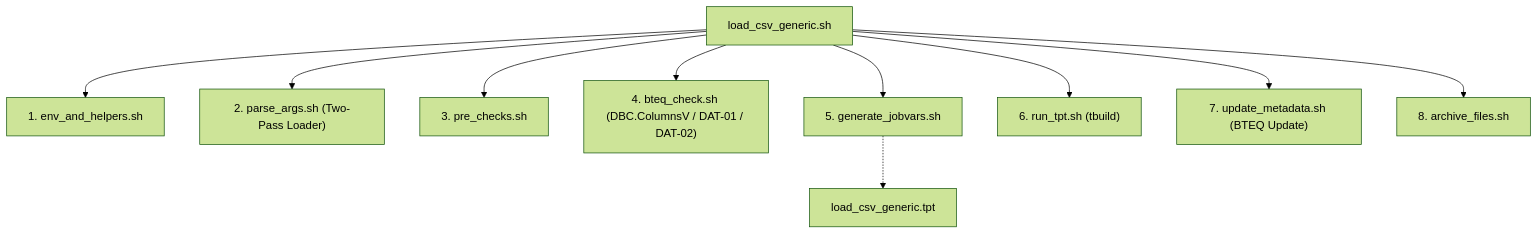
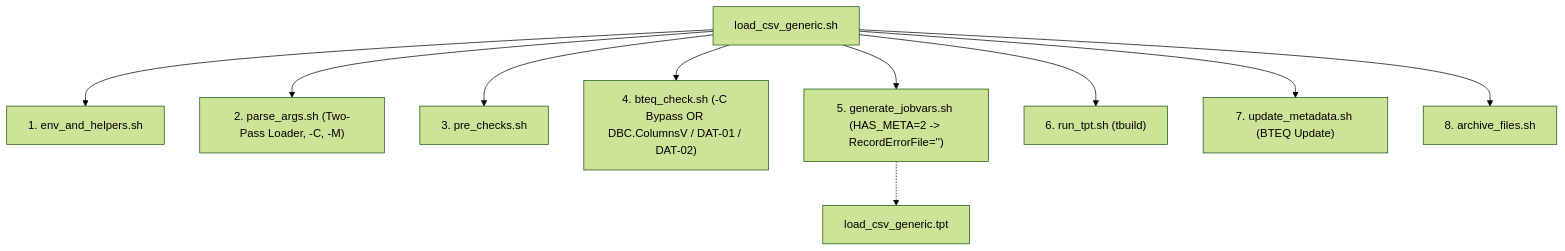
Before and after one commit to manisadegh/TPT_LOADER: the diagram in docs/03_technical_manual_and_inventory.md, drawn with Mermaid (forest theme). The commit also changed other lines of this file and 3 other files, not shown here.

Commit message:
docs(tpt): update complete documentation suite for Phase 03 (-C SKIP_BTEQ_CHECK and -M HAS_META fast-path schema bypass)

````diff
--- a/docs/03_technical_manual_and_inventory.md
+++ b/docs/03_technical_manual_and_inventory.md
@@ -26,12 +26,12 @@
 ```mermaid
 graph TD
     Main["load_csv_generic.sh"] --> Env["1. env_and_helpers.sh"]
-    Main --> Parse["2. parse_args.sh (Two-Pass Loader)"]
+    Main --> Parse["2. parse_args.sh (Two-Pass Loader, -C, -M)"]
     Main --> Pre["3. pre_checks.sh"]
-    Main --> Bteq["4. bteq_check.sh (DBC.ColumnsV / DAT-01 / DAT-02)"]
-    Main --> Gen["5. generate_jobvars.sh"]
+    Main --> Bteq["4. bteq_check.sh (-C Bypass OR DBC.ColumnsV / DAT-01 / DAT-02)"]
+    Main --> Gen["5. generate_jobvars.sh (HAS_META=2 -> RecordErrorFile='')"]
     Gen -.-> TPT["load_csv_generic.tpt"]
     Main --> Run["6. run_tpt.sh (tbuild)"]
     Main --> Meta["7. update_metadata.sh (BTEQ Update)"]
     Main --> Arch["8. archive_files.sh"]
 ```
````
